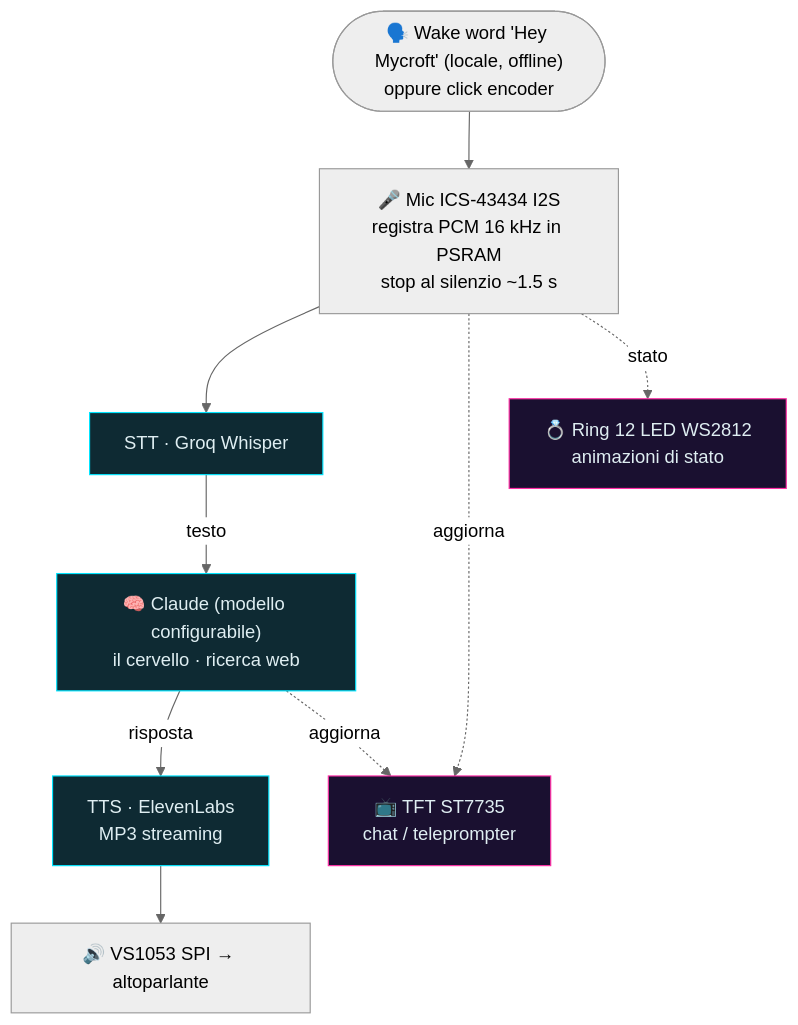
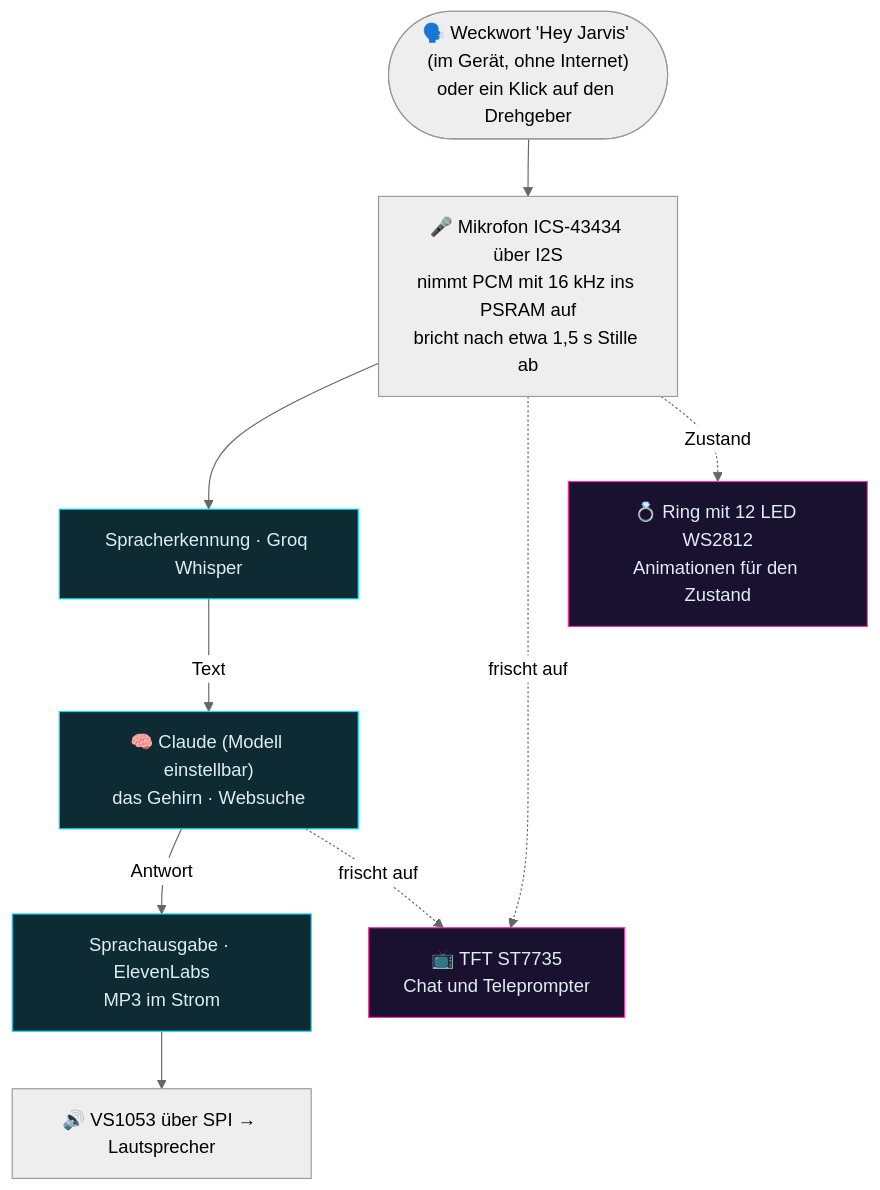
Before and after one commit to Eifel-Joe/alexo: the diagram in CLAUDE.md, drawn with Mermaid (neutral theme). The commit also changed other lines of this file, not shown here.

First line of the commit message:
Technische Uebersicht auf Deutsch

````diff
--- a/CLAUDE.md
+++ b/CLAUDE.md
@@ -13,21 +19,21 @@
 ```mermaid
 flowchart TD
-    START(["🗣️ Wake word 'Hey Mycroft' (locale, offline)<br/>oppure click encoder"])
-    MIC["🎤 Mic ICS-43434 I2S<br/>registra PCM 16 kHz in PSRAM<br/>stop al silenzio ~1.5 s"]
-    STT["STT · Groq Whisper"]
-    LLM["🧠 Claude (modello configurabile)<br/>il cervello · ricerca web"]
-    TTS["TTS · ElevenLabs<br/>MP3 streaming"]
-    OUT["🔊 VS1053 SPI → altoparlante"]
-    TFT["📺 TFT ST7735<br/>chat / teleprompter"]
-    RING["💍 Ring 12 LED WS2812<br/>animazioni di stato"]
+    START(["🗣️ Weckwort 'Hey Jarvis' (im Gerät, ohne Internet)<br/>oder ein Klick auf den Drehgeber"])
+    MIC["🎤 Mikrofon ICS-43434 über I2S<br/>nimmt PCM mit 16 kHz ins PSRAM auf<br/>bricht nach etwa 1,5 s Stille ab"]
+    STT["Spracherkennung · Groq Whisper"]
+    LLM["🧠 Claude (Modell einstellbar)<br/>das Gehirn · Websuche"]
+    TTS["Sprachausgabe · ElevenLabs<br/>MP3 im Strom"]
+    OUT["🔊 VS1053 über SPI → Lautsprecher"]
+    TFT["📺 TFT ST7735<br/>Chat und Teleprompter"]
+    RING["💍 Ring mit 12 LED WS2812<br/>Animationen für den Zustand"]
 
-    START --> MIC --> STT -->|testo| LLM -->|risposta| TTS --> OUT
-    MIC -. aggiorna .-> TFT
-    LLM -. aggiorna .-> TFT
-    MIC -. stato .-> RING
+    START --> MIC --> STT -->|Text| LLM -->|Antwort| TTS --> OUT
+    MIC -. frischt auf .-> TFT
+    LLM -. frischt auf .-> TFT
+    MIC -. Zustand .-> RING
 
     classDef cloud fill:#0e2a33,stroke:#00e5ff,color:#dfeef2;
     classDef ui fill:#1a1030,stroke:#ff2ea6,color:#dfeef2;
     class STT,LLM,TTS cloud;
     class TFT,RING ui;
 ```
````
